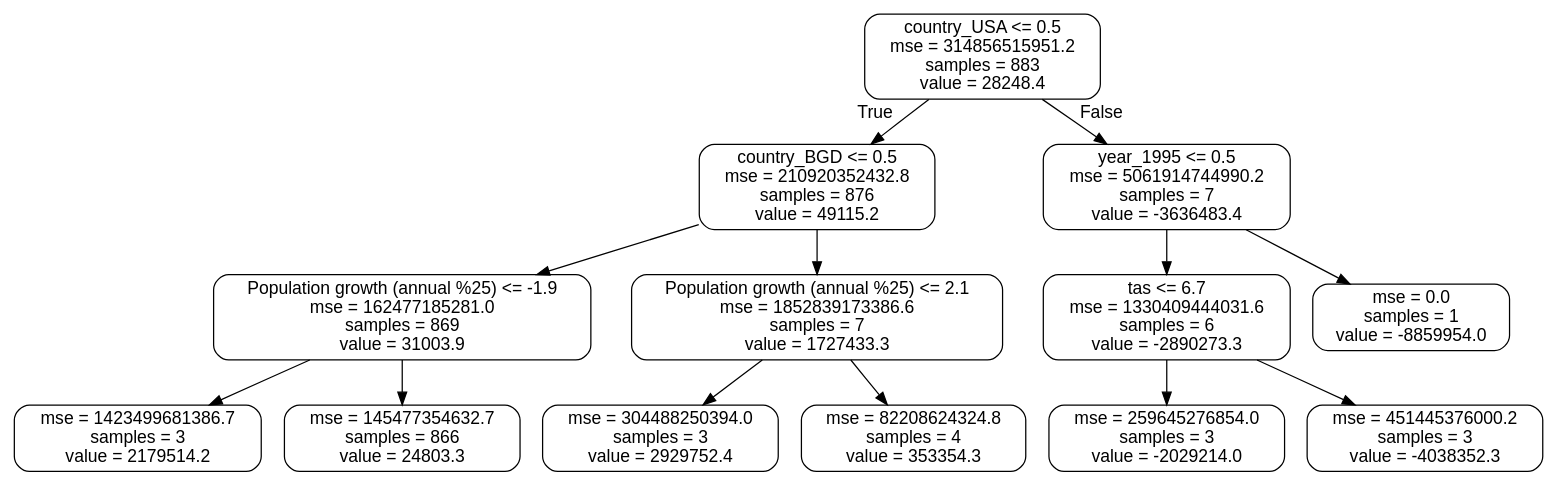
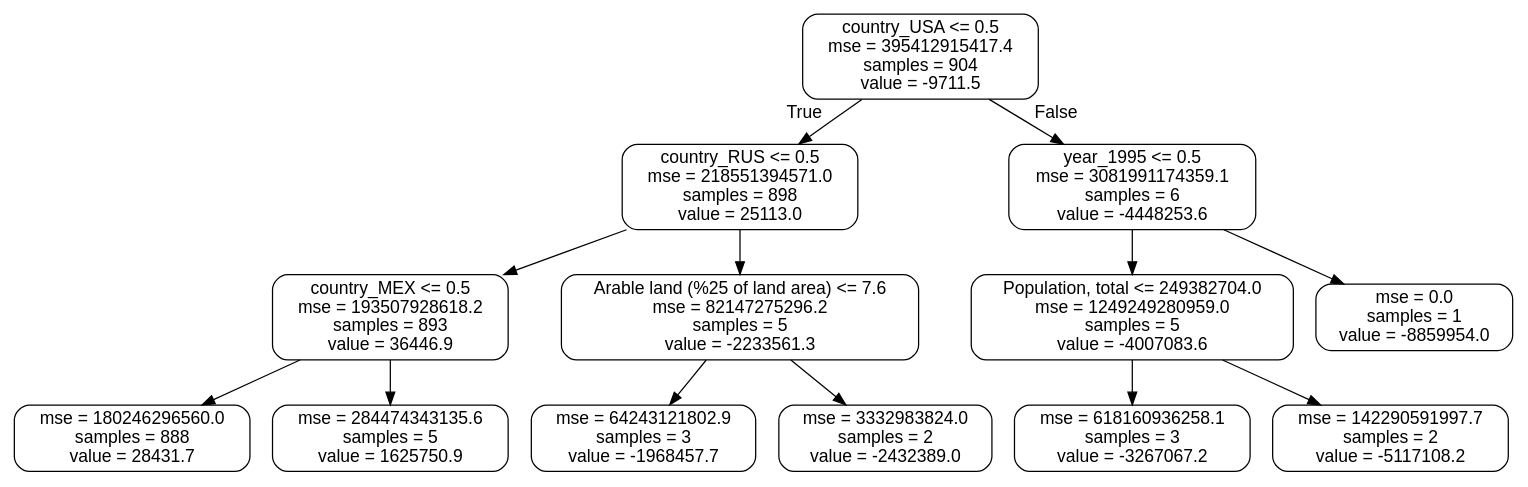
One commit to Multinational-Minds/BDA changed the diagram in small_tree.dot. Above: the diagram before and after it, drawn with Graphviz. The commit also changed 8 other files, not shown here.

```diff
--- a/small_tree.dot
+++ b/small_tree.dot
@@ -1,29 +1,29 @@
 digraph Tree {
 node [shape=box, style="rounded", color="black", fontname=helvetica] ;
 edge [fontname=helvetica] ;
-0 [label="country_USA <= 0.5\nmse = 314856515951.2\nsamples = 883\nvalue = 28248.4"] ;
-1 [label="country_BGD <= 0.5\nmse = 210920352432.8\nsamples = 876\nvalue = 49115.2"] ;
+0 [label="country_USA <= 0.5\nmse = 395412915417.4\nsamples = 904\nvalue = -9711.5"] ;
+1 [label="country_RUS <= 0.5\nmse = 218551394571.0\nsamples = 898\nvalue = 25113.0"] ;
 0 -> 1 [labeldistance=2.5, labelangle=45, headlabel="True"] ;
-2 [label="Population growth (annual %25) <= -1.9\nmse = 162477185281.0\nsamples = 869\nvalue = 31003.9"] ;
+2 [label="country_MEX <= 0.5\nmse = 193507928618.2\nsamples = 893\nvalue = 36446.9"] ;
 1 -> 2 ;
-3 [label="mse = 1423499681386.7\nsamples = 3\nvalue = 2179514.2"] ;
+3 [label="mse = 180246296560.0\nsamples = 888\nvalue = 28431.7"] ;
 2 -> 3 ;
-4 [label="mse = 145477354632.7\nsamples = 866\nvalue = 24803.3"] ;
+4 [label="mse = 284474343135.6\nsamples = 5\nvalue = 1625750.9"] ;
 2 -> 4 ;
-5 [label="Population growth (annual %25) <= 2.1\nmse = 1852839173386.6\nsamples = 7\nvalue = 1727433.3"] ;
+5 [label="Arable land (%25 of land area) <= 7.6\nmse = 82147275296.2\nsamples = 5\nvalue = -2233561.3"] ;
 1 -> 5 ;
-6 [label="mse = 304488250394.0\nsamples = 3\nvalue = 2929752.4"] ;
+6 [label="mse = 64243121802.9\nsamples = 3\nvalue = -1968457.7"] ;
 5 -> 6 ;
-7 [label="mse = 82208624324.8\nsamples = 4\nvalue = 353354.3"] ;
+7 [label="mse = 3332983824.0\nsamples = 2\nvalue = -2432389.0"] ;
 5 -> 7 ;
-8 [label="year_1995 <= 0.5\nmse = 5061914744990.2\nsamples = 7\nvalue = -3636483.4"] ;
+8 [label="year_1995 <= 0.5\nmse = 3081991174359.1\nsamples = 6\nvalue = -4448253.6"] ;
 0 -> 8 [labeldistance=2.5, labelangle=-45, headlabel="False"] ;
-9 [label="tas <= 6.7\nmse = 1330409444031.6\nsamples = 6\nvalue = -2890273.3"] ;
+9 [label="Population, total <= 249382704.0\nmse = 1249249280959.0\nsamples = 5\nvalue = -4007083.6"] ;
 8 -> 9 ;
-10 [label="mse = 259645276854.0\nsamples = 3\nvalue = -2029214.0"] ;
+10 [label="mse = 618160936258.1\nsamples = 3\nvalue = -3267067.2"] ;
 9 -> 10 ;
-11 [label="mse = 451445376000.2\nsamples = 3\nvalue = -4038352.3"] ;
+11 [label="mse = 142290591997.7\nsamples = 2\nvalue = -5117108.2"] ;
 9 -> 11 ;
 12 [label="mse = 0.0\nsamples = 1\nvalue = -8859954.0"] ;
 8 -> 12 ;
 }
```
